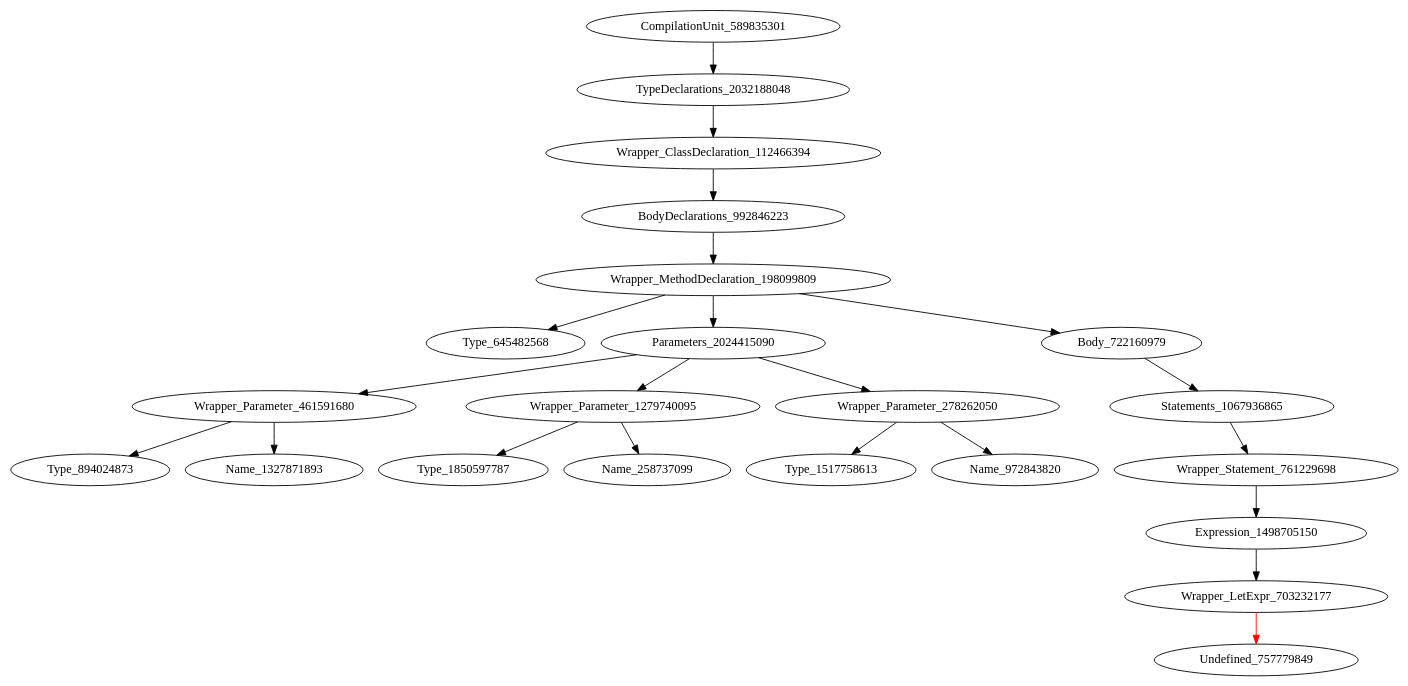
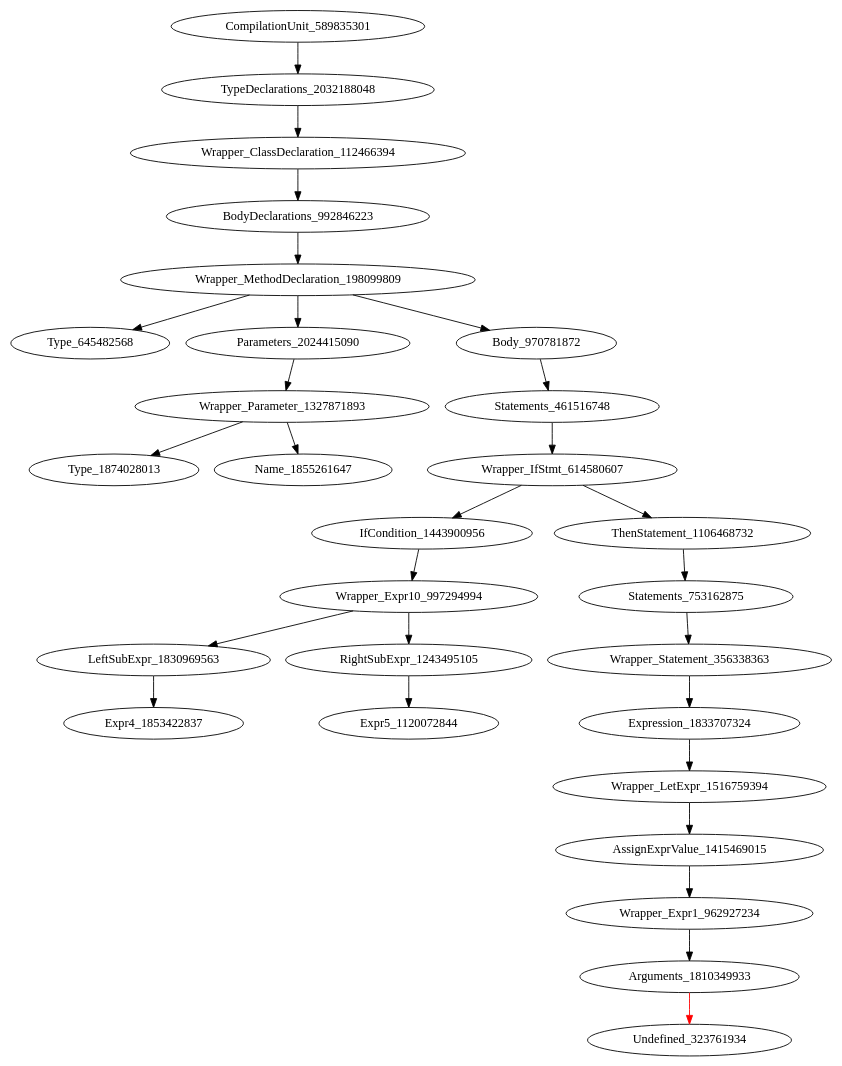
One commit to icse2023material/VoiceJava changed the diagram in holeAST.dot. Above: the diagram before and after it, drawn with Graphviz. The commit also changed 22 other files, not shown here.

```diff
--- a/holeAST.dot
+++ b/holeAST.dot
@@ -1,23 +1,29 @@
 digraph {
 CompilationUnit_589835301 -> TypeDeclarations_2032188048
 TypeDeclarations_2032188048 -> Wrapper_ClassDeclaration_112466394
 Wrapper_ClassDeclaration_112466394 -> BodyDeclarations_992846223
 BodyDeclarations_992846223 -> Wrapper_MethodDeclaration_198099809
 Wrapper_MethodDeclaration_198099809 -> Type_645482568
 Wrapper_MethodDeclaration_198099809 -> Parameters_2024415090
-Wrapper_MethodDeclaration_198099809 -> Body_722160979
-Parameters_2024415090 -> Wrapper_Parameter_461591680
-Parameters_2024415090 -> Wrapper_Parameter_1279740095
-Parameters_2024415090 -> Wrapper_Parameter_278262050
-Body_722160979 -> Statements_1067936865
-Wrapper_Parameter_461591680 -> Type_894024873
-Wrapper_Parameter_461591680 -> Name_1327871893
-Wrapper_Parameter_1279740095 -> Type_1850597787
-Wrapper_Parameter_1279740095 -> Name_258737099
-Wrapper_Parameter_278262050 -> Type_1517758613
-Wrapper_Parameter_278262050 -> Name_972843820
-Statements_1067936865 -> Wrapper_Statement_761229698
-Wrapper_Statement_761229698 -> Expression_1498705150
-Expression_1498705150 -> Wrapper_LetExpr_703232177
-Wrapper_LetExpr_703232177 -> Undefined_757779849 [color = red] 
+Wrapper_MethodDeclaration_198099809 -> Body_970781872
+Parameters_2024415090 -> Wrapper_Parameter_1327871893
+Body_970781872 -> Statements_461516748
+Wrapper_Parameter_1327871893 -> Type_1874028013
+Wrapper_Parameter_1327871893 -> Name_1855261647
+Statements_461516748 -> Wrapper_IfStmt_614580607
+Wrapper_IfStmt_614580607 -> IfCondition_1443900956
+Wrapper_IfStmt_614580607 -> ThenStatement_1106468732
+IfCondition_1443900956 -> Wrapper_Expr10_997294994
+ThenStatement_1106468732 -> Statements_753162875
+Wrapper_Expr10_997294994 -> LeftSubExpr_1830969563
+Wrapper_Expr10_997294994 -> RightSubExpr_1243495105
+Statements_753162875 -> Wrapper_Statement_356338363
+LeftSubExpr_1830969563 -> Expr4_1853422837
+RightSubExpr_1243495105 -> Expr5_1120072844
+Wrapper_Statement_356338363 -> Expression_1833707324
+Expression_1833707324 -> Wrapper_LetExpr_1516759394
+Wrapper_LetExpr_1516759394 -> AssignExprValue_1415469015
+AssignExprValue_1415469015 -> Wrapper_Expr1_962927234
+Wrapper_Expr1_962927234 -> Arguments_1810349933
+Arguments_1810349933 -> Undefined_323761934 [color = red] 
 }
```
